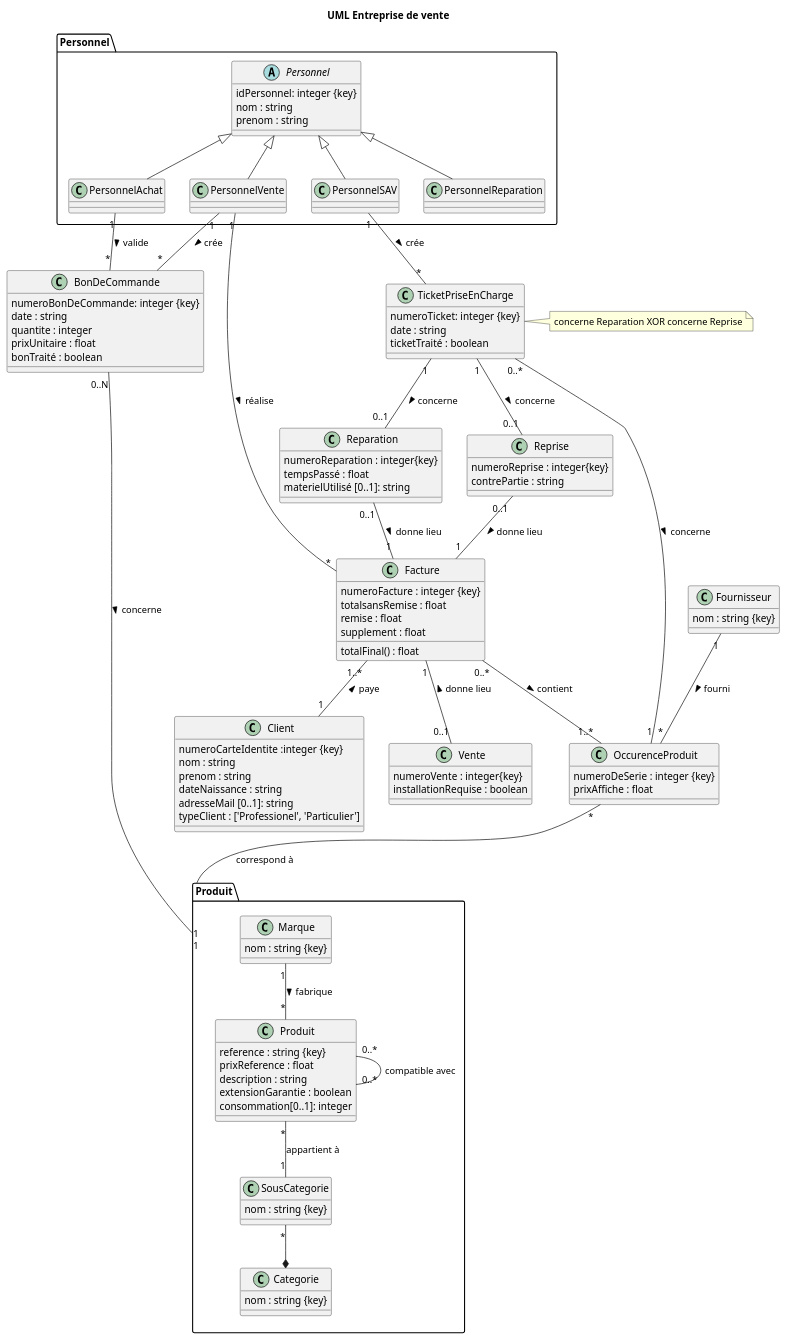
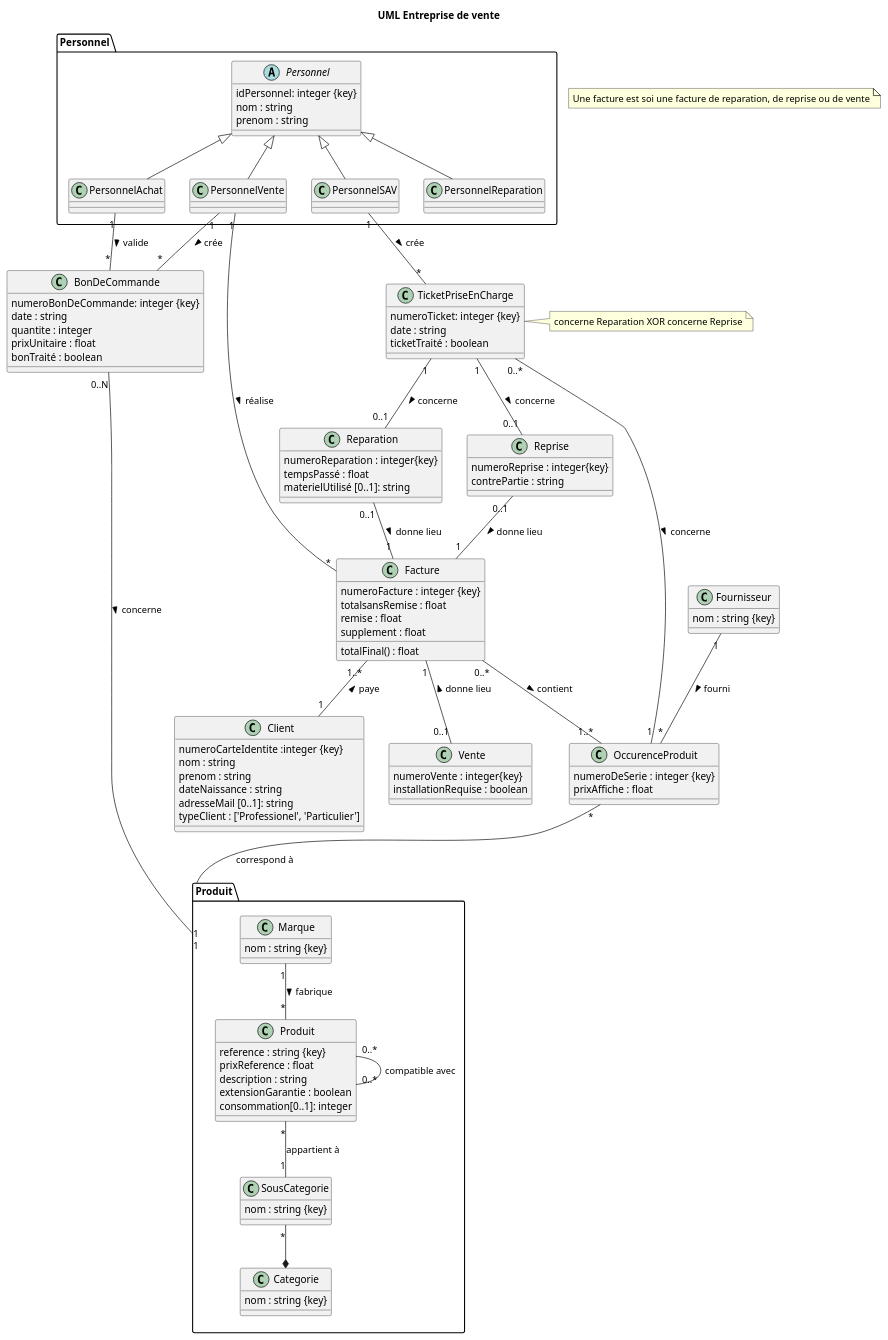
One commit to mariaidrissi/Entreprise-de-vente changed the diagram in MCD.plantuml. Above: the diagram before and after it, drawn with PlantUML.

Commit message:
Ajout Note sur facture MCD.plantuml

```diff
--- a/MCD.plantuml
+++ b/MCD.plantuml
@@ -1,145 +1,147 @@
 @startuml
 title UML Entreprise de vente
 
 package Produit {
 
 class Produit {
   reference : string {key}
   prixReference : float
   description : string
   extensionGarantie : boolean
   consommation[0..1]: integer
 }
 
 
 Produit "0..*" --  "0..*" Produit : compatible avec
 
 Marque "1" -- "*" Produit : fabrique >
 
 class Marque {
 	nom : string {key}
 }
 
 class Categorie {
 	nom : string {key}
 }
 
 class SousCategorie {
 	nom : string {key}
 }
 
 SousCategorie "*" --* Categorie
 Produit  "*" -- "1" SousCategorie : appartient à
 }
 
 
 class OccurenceProduit {
   numeroDeSerie : integer {key}
   prixAffiche : float
 }
 
 OccurenceProduit  "*" -- "1" Produit : correspond à
 
 class Fournisseur {
 	nom : string {key}
 }
 
 Fournisseur "1" -- "*" OccurenceProduit : fourni >
 
 class Facture {
   numeroFacture : integer {key}
   totalsansRemise : float 
   remise : float
   supplement : float
   totalFinal() : float
 }
 
 
 class Client { 
   numeroCarteIdentite :integer {key}
   nom : string 
   prenom : string 
   dateNaissance : string 
   adresseMail [0..1]: string
   typeClient : ['Professionel', 'Particulier']
 }
 Facture "1..*" -- "1" Client : paye <
 
 Facture "0..*" -- "1..*" OccurenceProduit : contient >
 
 
 package Personnel {
   
 abstract class Personnel {
   idPersonnel: integer {key}
   nom : string 
   prenom : string 
 }
 
 class PersonnelAchat{
 }
 
 class PersonnelVente{
 }
 
 class PersonnelSAV{
 }
 
 class PersonnelReparation{
 }
 
 Personnel <|-- PersonnelAchat
 Personnel <|-- PersonnelVente
 Personnel <|-- PersonnelReparation
 Personnel <|-- PersonnelSAV
 }
 
 PersonnelVente "1" -- "*" Facture : réalise >
 PersonnelSAV "1" -- "*" TicketPriseEnCharge : crée >
 PersonnelAchat "1" -- "*" BonDeCommande : valide >
 PersonnelVente "1" -- "*" BonDeCommande : crée >
 
 class TicketPriseEnCharge {
   numeroTicket: integer {key}
   date : string 
   ticketTraité : boolean
 }
 TicketPriseEnCharge "0..*" -- "1" OccurenceProduit: concerne >
 
 class BonDeCommande {
   numeroBonDeCommande: integer {key}
   date : string
   quantite : integer
   prixUnitaire : float
   bonTraité : boolean
 }
 
 BonDeCommande "0..N" -- "1" Produit: concerne >
 
 class Reparation  {
   numeroReparation : integer{key}
   tempsPassé : float 
   materielUtilisé [0..1]: string
 }
 
 class Reprise  {
   numeroReprise : integer{key}
   contrePartie : string
 }
 
 
 note right of TicketPriseEnCharge
     concerne Reparation XOR concerne Reprise
 end note
 
+note "Une facture est soi une facture de reparation, de reprise ou de vente" as N1
+
 TicketPriseEnCharge "1" -- "0..1" Reparation : concerne >
 Reparation "0..1" -- "1" Facture : donne lieu >
 TicketPriseEnCharge "1" -- "0..1" Reprise : concerne >
 Reprise "0..1" -- "1" Facture : donne lieu >
 
 Facture "1" -- "0..1" Vente : donne lieu <
 class Vente  {
   numeroVente : integer{key}
   installationRequise : boolean 
 }
 @enduml
```
